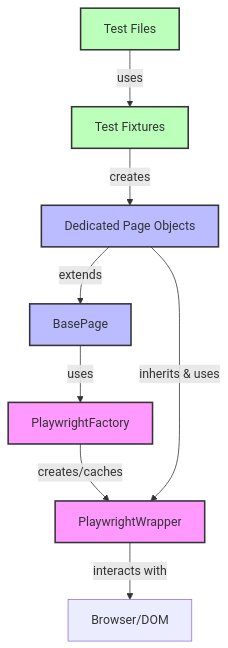
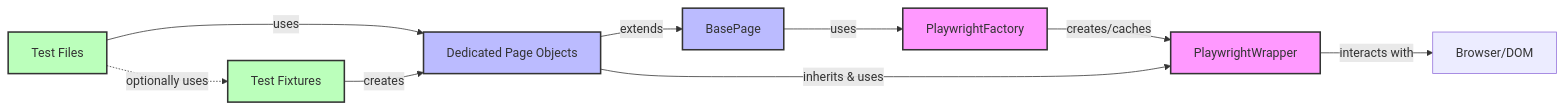
The diagram in README.md (yasenltd/neura-e2e-automation), drawn with Mermaid before and after one commit. The commit also changed other lines of this file and 7 other files, not shown here.

````diff
--- a/README.md
+++ b/README.md
@@ -116,18 +116,19 @@
 ```mermaid
-graph TD
-    Test[Test Files] -->|uses| Fixture[Test Fixtures]
-    Fixture -->|creates| Page[Dedicated Page Objects]
+graph LR
+    Test[Test Files] -.->|optionally uses| Fixture[Test Fixtures]
+    Test -->|uses| Page[Dedicated Page Objects]
+    Fixture -->|creates| Page
     Page -->|extends| BasePage[BasePage]
     BasePage -->|uses| PlaywrightFactory[PlaywrightFactory]
     PlaywrightFactory -->|creates/caches| PlaywrightWrapper[PlaywrightWrapper]
     Page -->|inherits & uses| PlaywrightWrapper
     PlaywrightWrapper -->|interacts with| Browser[Browser/DOM]
 
     classDef core fill:#f9f,stroke:#333,stroke-width:2px;
     classDef page fill:#bbf,stroke:#333,stroke-width:2px;
     classDef test fill:#bfb,stroke:#333,stroke-width:2px;
 
     class PlaywrightFactory,PlaywrightWrapper core;
     class BasePage,Page page;
     class Test,Fixture test;
 ```
````
